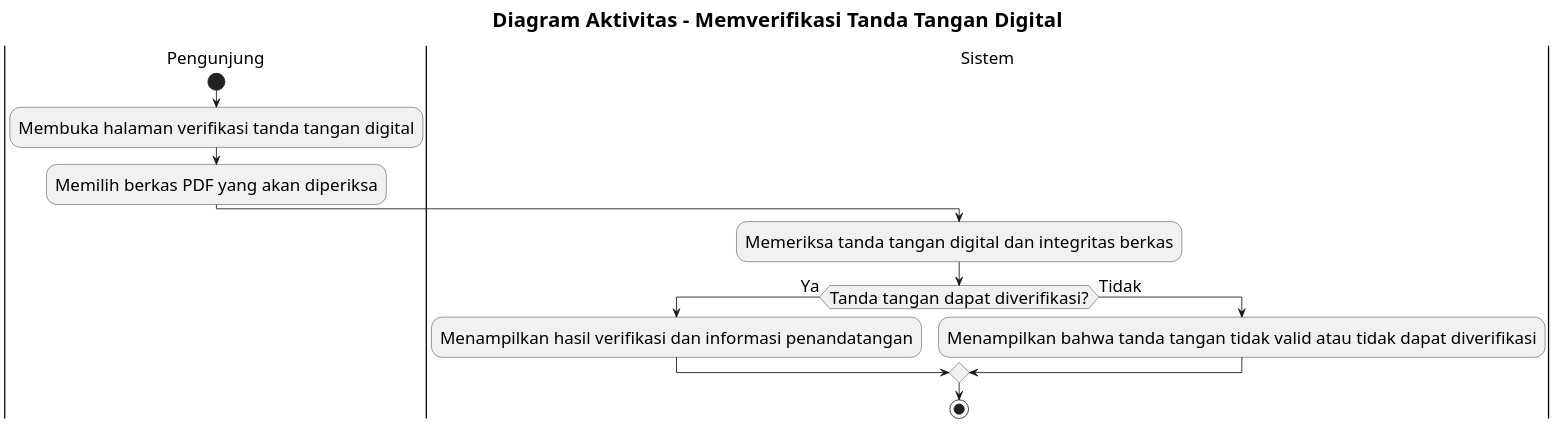
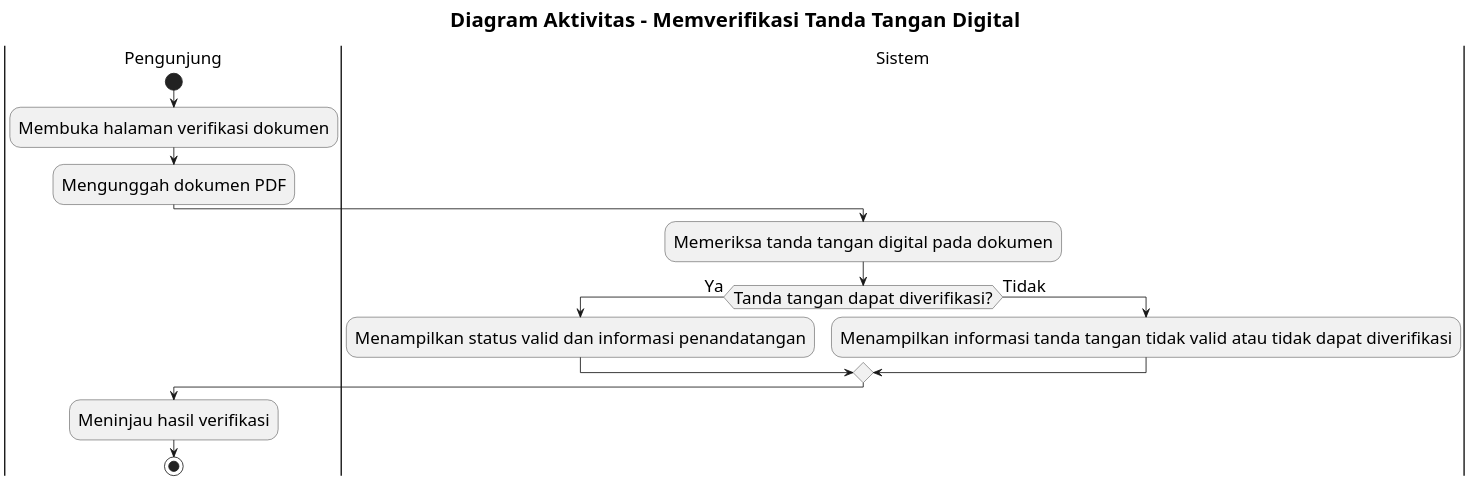
The diagram in docs/activity-diagram/lampiran/pengunjung-memverifikasi-tanda-tangan-digital.md (howlil/sop-generate-app), drawn with PlantUML before and after one commit. The commit also changed other lines of this file and 20 other files, not shown here.

Commit message:
docs(activity): simplify flows to business-level design

````diff
--- a/docs/activity-diagram/lampiran/pengunjung-memverifikasi-tanda-tangan-digital.md
+++ b/docs/activity-diagram/lampiran/pengunjung-memverifikasi-tanda-tangan-digital.md
@@ -16,26 +16,29 @@
 ```plantuml
 @startuml
 skinparam defaultFontSize 20
 skinparam titleFontSize 24
 skinparam dpi 160
 
 title Diagram Aktivitas - Memverifikasi Tanda Tangan Digital
 
 |Pengunjung|
 start
-:Membuka halaman verifikasi tanda tangan digital;
-:Memilih berkas PDF yang akan diperiksa;
+:Membuka halaman verifikasi dokumen;
+:Mengunggah dokumen PDF;
 
 |Sistem|
-:Memeriksa tanda tangan digital dan integritas berkas;
+:Memeriksa tanda tangan digital pada dokumen;
 
 if (Tanda tangan dapat diverifikasi?) then (Ya)
-  :Menampilkan hasil verifikasi dan informasi penandatangan;
+  :Menampilkan status valid dan informasi penandatangan;
 else (Tidak)
-  :Menampilkan bahwa tanda tangan tidak valid atau tidak dapat diverifikasi;
+  :Menampilkan informasi tanda tangan tidak valid atau tidak dapat diverifikasi;
 endif
+
+|Pengunjung|
+:Meninjau hasil verifikasi;
 
 stop
 
 @enduml
 ```
````
